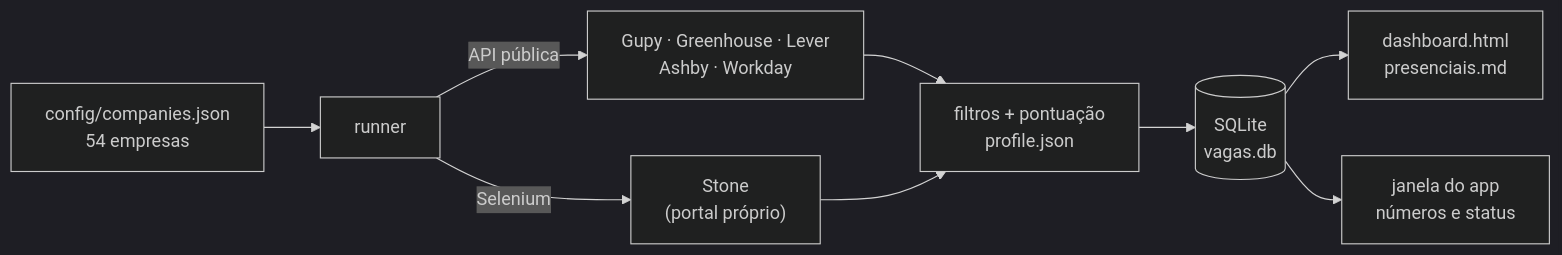
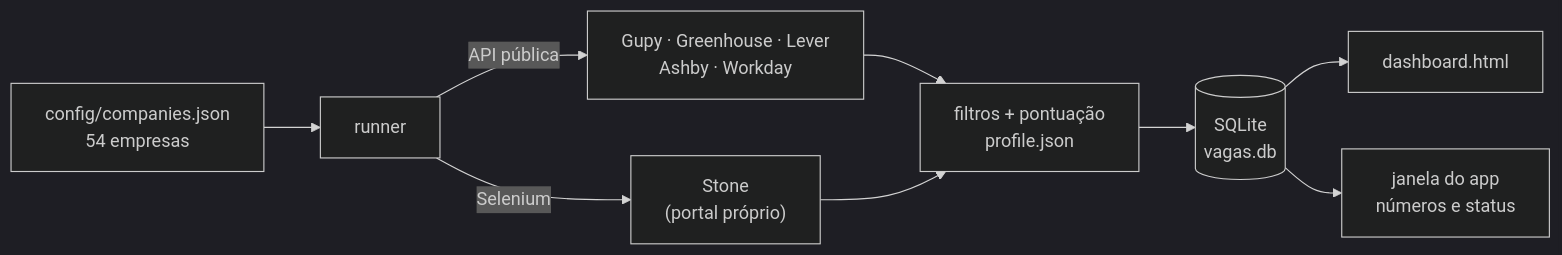
One commit to nataliatobiasdev/vagas-1000 changed the diagram in docs/guia/visao.md. Above: the diagram before and after it, drawn with Mermaid (dark theme). The commit also changed other lines of this file and 11 other files, not shown here.

````diff
--- a/docs/guia/visao.md
+++ b/docs/guia/visao.md
@@ -24,11 +24,11 @@
 ```mermaid
 flowchart LR
   C["config/companies.json<br/>54 empresas"] --> R[runner]
   R -->|API pública| A["Gupy · Greenhouse · Lever<br/>Ashby · Workday"]
   R -->|Selenium| S["Stone<br/>(portal próprio)"]
   A --> F["filtros + pontuação<br/>profile.json"]
   S --> F
   F --> D[("SQLite<br/>vagas.db")]
-  D --> P["dashboard.html<br/>presenciais.md"]
+  D --> P["dashboard.html"]
   D --> W["janela do app<br/>números e status"]
 ```
````
